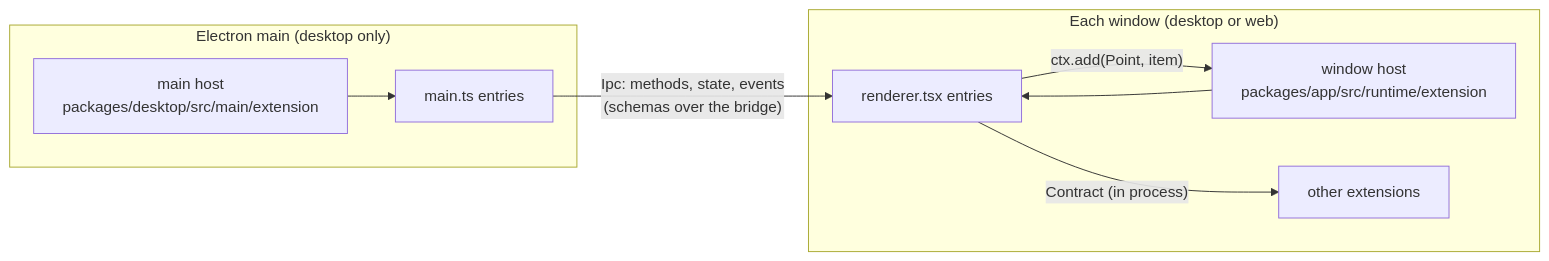
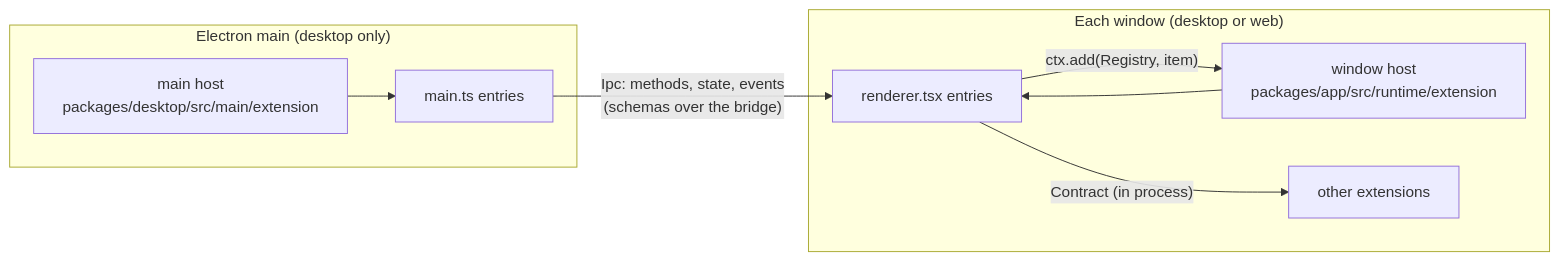
One commit to alparslanozturk/opencode changed the first of 4 diagrams in packages/gui-extensions/README.md. Above: the diagram before and after it, drawn with Mermaid. The commit also changed other lines of this file and 1037 other files, not shown here.

````diff
--- a/packages/gui-extensions/README.md
+++ b/packages/gui-extensions/README.md
@@ -9,12 +9,12 @@
 ```mermaid
 flowchart LR
   subgraph main["Electron main (desktop only)"]
     mh["main host<br/>packages/desktop/src/main/extension"] --> me["main.ts entries"]
   end
   subgraph window["Each window (desktop or web)"]
     wh["window host<br/>packages/app/src/runtime/extension"] --> we["renderer.tsx entries"]
-    we -- "ctx.add(Point, item)" --> wh
+    we -- "ctx.add(Registry, item)" --> wh
     we -- "Contract (in process)" --> other["other extensions"]
   end
   me -- "Ipc: methods, state, events<br/>(schemas over the bridge)" --> we
 ```
````
